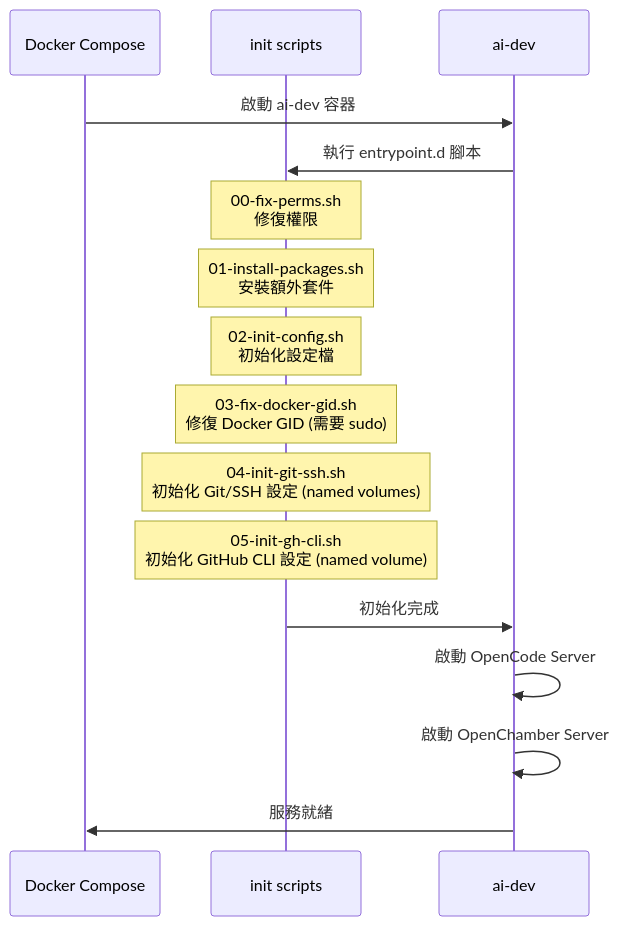
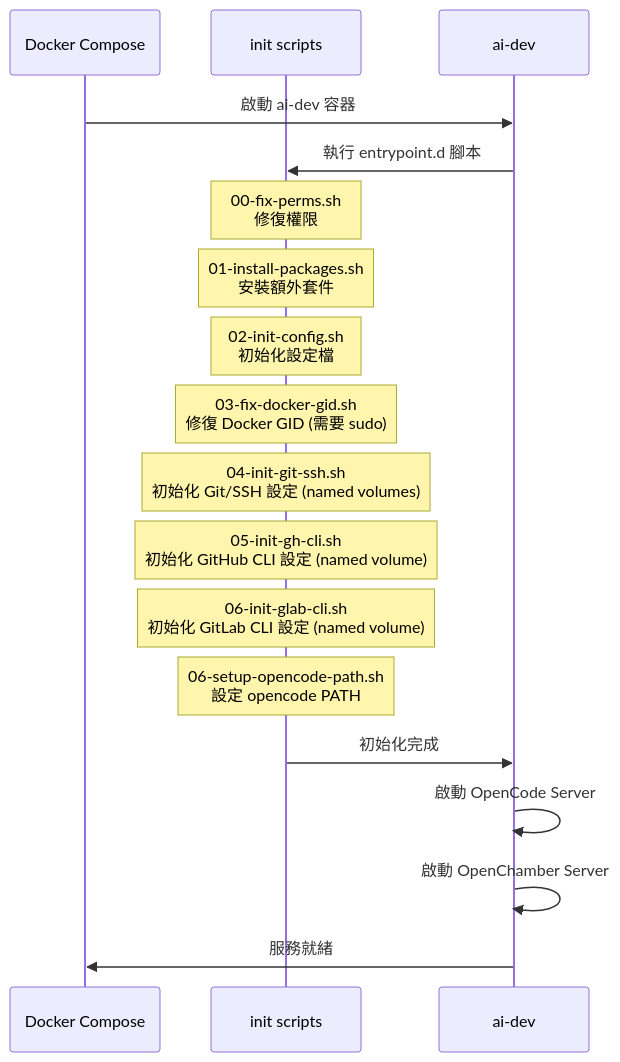
Before and after one commit to tryweb/ai-engkit: the eighth of 10 diagrams in docs/ARCHITECTURE.md, drawn with Mermaid. The commit also changed other lines of this file, not shown here.

First line of the commit message:
docs(architecture): add missing 06-* entrypoints and glab-config volume

````diff
--- a/docs/ARCHITECTURE.md
+++ b/docs/ARCHITECTURE.md
@@ -285,26 +290,30 @@
 ```mermaid
 sequenceDiagram
     participant D as Docker Compose
     participant I as init scripts
     participant A as ai-dev
 
     D->>A: 啟動 ai-dev 容器
     A->>I: 執行 entrypoint.d 腳本
     
     Note over I: 00-fix-perms.sh<br/>修復權限
     
     Note over I: 01-install-packages.sh<br/>安裝額外套件
     
     Note over I: 02-init-config.sh<br/>初始化設定檔
     
     Note over I: 03-fix-docker-gid.sh<br/>修復 Docker GID (需要 sudo)
 
     Note over I: 04-init-git-ssh.sh<br/>初始化 Git/SSH 設定 (named volumes)
     
     Note over I: 05-init-gh-cli.sh<br/>初始化 GitHub CLI 設定 (named volume)
-    
+
+    Note over I: 06-init-glab-cli.sh<br/>初始化 GitLab CLI 設定 (named volume)
+
+    Note over I: 06-setup-opencode-path.sh<br/>設定 opencode PATH
+
     I->>A: 初始化完成
     A->>A: 啟動 OpenCode Server
     A->>A: 啟動 OpenChamber Server
     A->>D: 服務就緒
 ```
````
